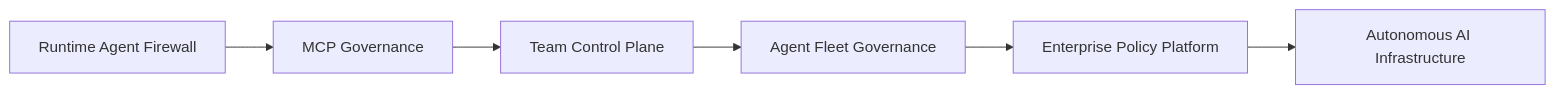
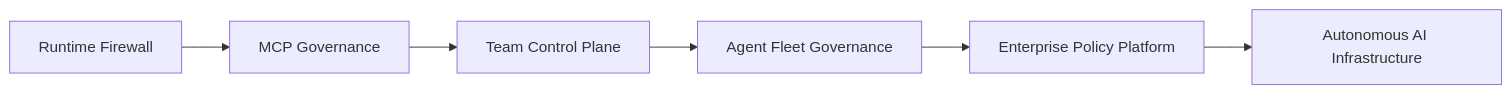
The sixth of 6 diagrams in README.md (LSUDOKO/Vigil), drawn with Mermaid before and after one commit. The commit also changed other lines of this file, not shown here.

````diff
--- a/README.md
+++ b/README.md
@@ -781,14 +799,14 @@
 ```mermaid
 flowchart LR
 
-    A[Runtime Agent Firewall]
-      --> B[MCP Governance]
+    A[Runtime Firewall]
+        --> B[MCP Governance]
 
     B --> C[Team Control Plane]
 
     C --> D[Agent Fleet Governance]
 
     D --> E[Enterprise Policy Platform]
 
     E --> F[Autonomous AI Infrastructure]
 ```
````
